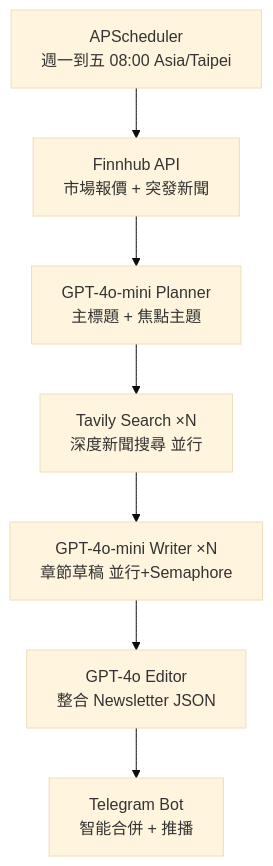
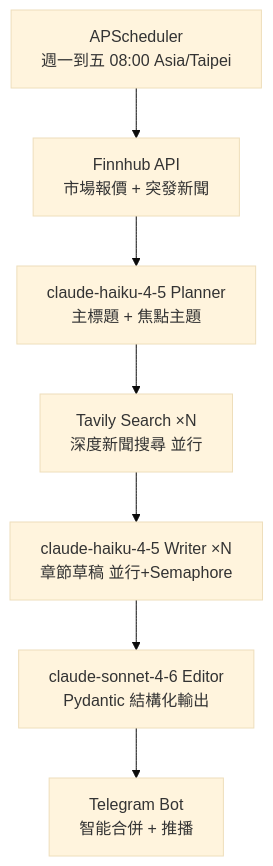
One commit to jack926509/us-stock-newsletter changed the diagram in README.md. Above: the diagram before and after it, drawn with Mermaid (base theme). The commit also changed other lines of this file and 8 other files, not shown here.

First line of the commit message:
遷移至 Anthropic API：claude-haiku-4-5 / claude-sonnet-4-6

````diff
--- a/README.md
+++ b/README.md
@@ -46,10 +46,10 @@
 ```mermaid
 graph TD
     A[APScheduler<br/>週一到五 08:00 Asia/Taipei] --> B
     B[Finnhub API<br/>市場報價 + 突發新聞] --> C
-    C[GPT-4o-mini Planner<br/>主標題 + 焦點主題] --> D
+    C[claude-haiku-4-5 Planner<br/>主標題 + 焦點主題] --> D
     D[Tavily Search ×N<br/>深度新聞搜尋 並行] --> E
-    E[GPT-4o-mini Writer ×N<br/>章節草稿 並行+Semaphore] --> F
-    F[GPT-4o Editor<br/>整合 Newsletter JSON] --> G
+    E[claude-haiku-4-5 Writer ×N<br/>章節草稿 並行+Semaphore] --> F
+    F[claude-sonnet-4-6 Editor<br/>Pydantic 結構化輸出] --> G
     G[Telegram Bot<br/>智能合併 + 推播]
 ```
````
